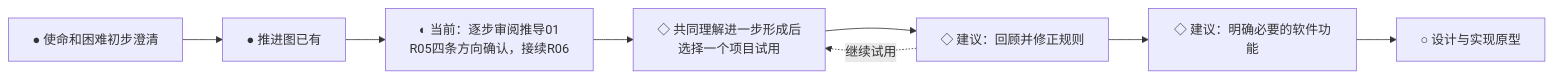
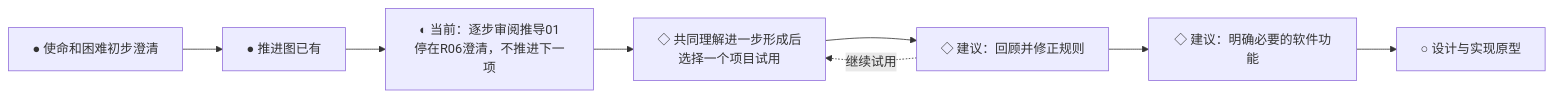
The second of 2 diagrams in 项目/人生飞轮/项目推进图.md (fangjiaqi2023-jpg/life-flywheel), drawn with Mermaid before and after one commit. The commit also changed other lines of this file, not shown here.

````diff
--- a/项目/人生飞轮/项目推进图.md
+++ b/项目/人生飞轮/项目推进图.md
@@ -38,10 +38,10 @@
 ```mermaid
 flowchart LR
     P0[● 使命和困难初步澄清] --> P1[● 推进图已有]
-    P1 --> P2[◐ 当前：逐步审阅推导01<br/>R05四条方向确认，接续R06]
+    P1 --> P2[◐ 当前：逐步审阅推导01<br/>停在R06澄清，不推进下一项]
     P2 --> P3[◇ 共同理解进一步形成后<br/>选择一个项目试用]
     P3 --> P4[◇ 建议：回顾并修正规则]
     P4 --> P5[◇ 建议：明确必要的软件功能]
     P5 --> P6[○ 设计与实现原型]
     P4 -.继续试用.-> P3
 ```
````
